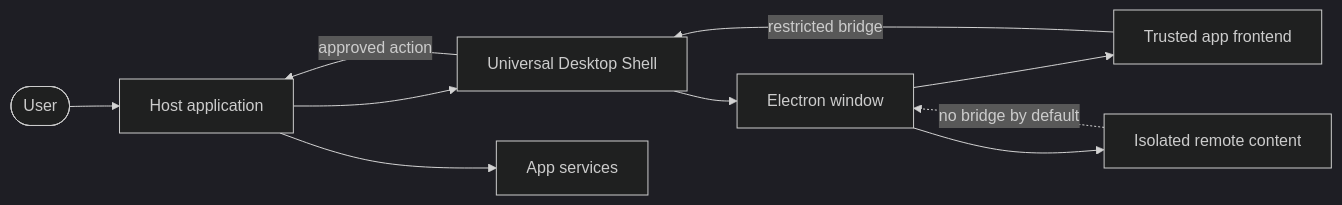
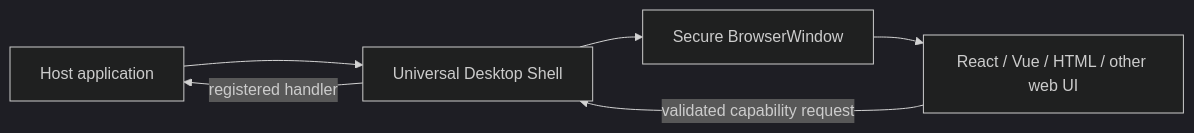
The first of 2 diagrams in README.md (SidheshwarSarangal/universal-desktop-shell), drawn with Mermaid (dark theme) before and after one commit. The commit also changed other lines of this file and 38 other files, not shown here.

````diff
--- a/README.md
+++ b/README.md
@@ -9,12 +5,8 @@
 ```mermaid
 flowchart LR
-    User([User]) --> Host[Host application]
-    Host --> Shell[Universal Desktop Shell]
-    Shell --> Window[Electron window]
-    Window --> UI[Trusted app frontend]
-    Window --> Remote[Isolated remote content]
-    UI -->|restricted bridge| Shell
-    Remote -.no bridge by default.-> Window
-    Shell -->|approved action| Host
-    Host --> Services[App services]
+    Host[Host application] --> Shell[Universal Desktop Shell]
+    Shell --> Window[Secure BrowserWindow]
+    Window --> UI[React / Vue / HTML / other web UI]
+    UI -->|validated capability request| Shell
+    Shell -->|registered handler| Host
 ```
````
